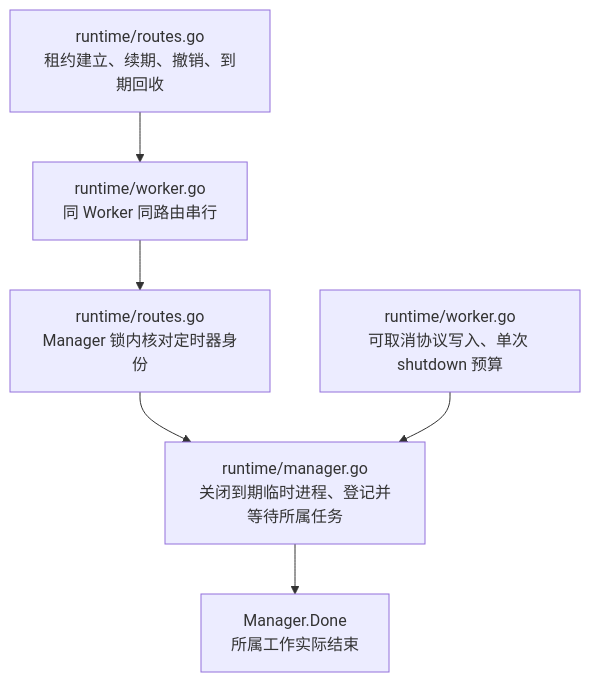
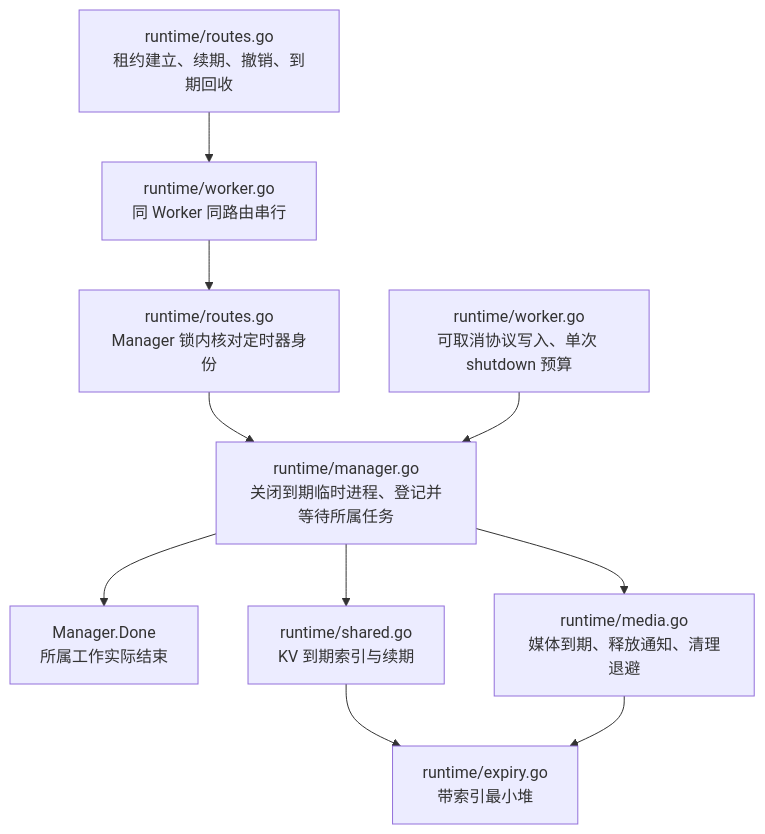
The fourth of 4 diagrams in devdocs/architecture.md (Elflare/elbot), drawn with Mermaid before and after one commit. The commit also changed other lines of this file and 10 other files, not shown here.

````diff
--- a/devdocs/architecture.md
+++ b/devdocs/architecture.md
@@ -225,8 +227,12 @@
 ```mermaid
 flowchart TD
     Routes["runtime/routes.go<br/>租约建立、续期、撤销、到期回收"] --> RouteLock["runtime/worker.go<br/>同 Worker 同路由串行"]
     RouteLock --> Identity["runtime/routes.go<br/>Manager 锁内核对定时器身份"]
     Identity --> Manager["runtime/manager.go<br/>关闭到期临时进程、登记并等待所属任务"]
     Worker["runtime/worker.go<br/>可取消协议写入、单次 shutdown 预算"] --> Manager
     Manager --> Done["Manager.Done<br/>所属工作实际结束"]
+    Shared["runtime/shared.go<br/>KV 到期索引与续期"] --> Queue["runtime/expiry.go<br/>带索引最小堆"]
+    Media["runtime/media.go<br/>媒体到期、释放通知、清理退避"] --> Queue
+    Manager --> Shared
+    Manager --> Media
 ```
````
